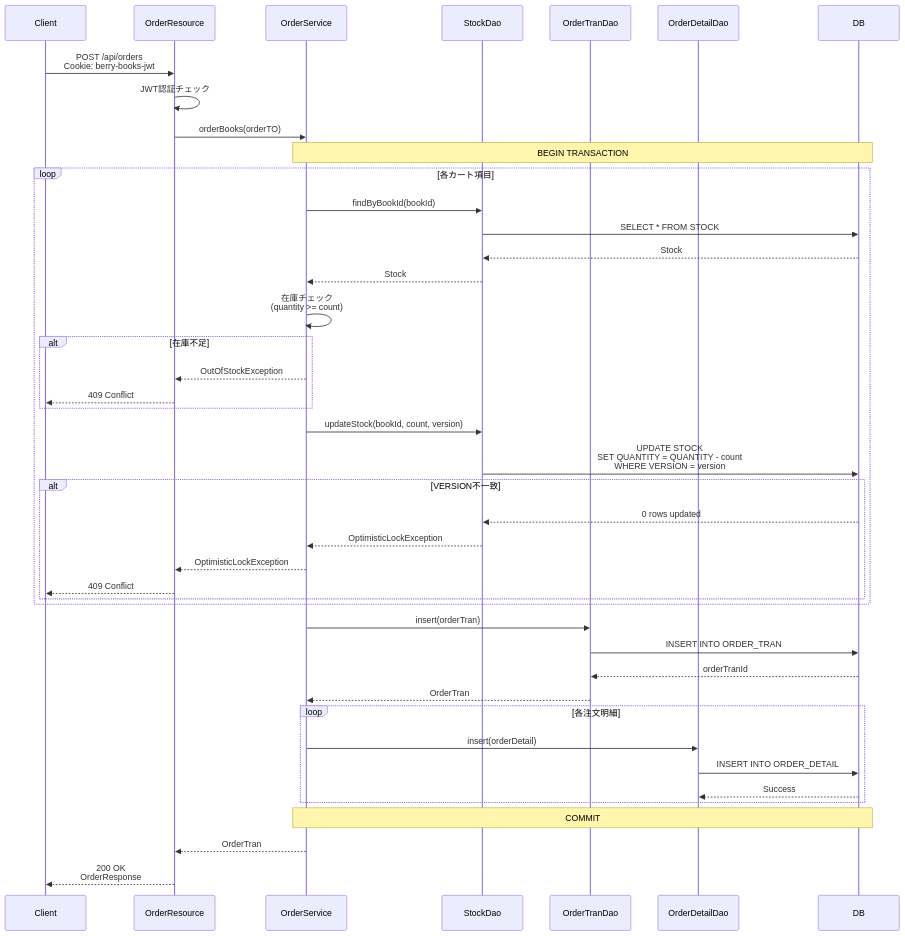
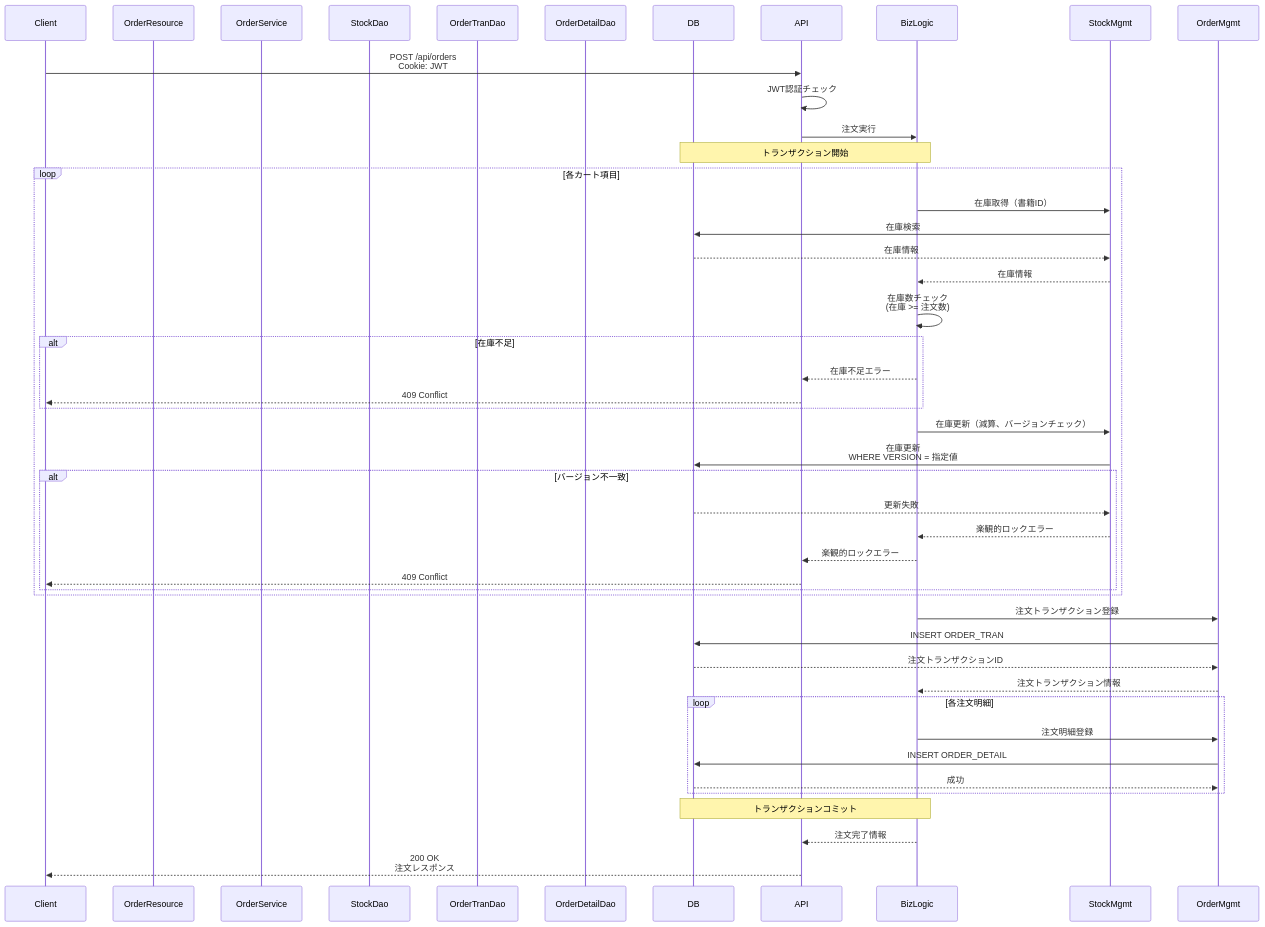
The diagram in projects/sdd/bookstore/berry-books-api-sdd/specs/baseline/api/API_003_orders/functional_design.md (KenyaSaitoh/ai_driven_dev_202601), drawn with Mermaid before and after one commit. The commit also changed other lines of this file and 52 other files, not shown here.

````diff
--- a/projects/sdd/bookstore/berry-books-api-sdd/specs/baseline/api/API_003_orders/functional_design.md
+++ b/projects/sdd/bookstore/berry-books-api-sdd/specs/baseline/api/API_003_orders/functional_design.md
@@ -90,56 +88,56 @@
 ```mermaid
 sequenceDiagram
     participant Client
     participant OrderResource
     participant OrderService
     participant StockDao
     participant OrderTranDao
     participant OrderDetailDao
     participant DB
     
-    Client->>OrderResource: POST /api/orders<br/>Cookie: berry-books-jwt
-    OrderResource->>OrderResource: JWT認証チェック
-    OrderResource->>OrderService: orderBooks(orderTO)
+    Client->>API: POST /api/orders<br/>Cookie: JWT
+    API->>API: JWT認証チェック
+    API->>BizLogic: 注文実行
     
-    Note over OrderService,DB: BEGIN TRANSACTION
+    Note over BizLogic,DB: トランザクション開始
     
     loop 各カート項目
-        OrderService->>StockDao: findByBookId(bookId)
-        StockDao->>DB: SELECT * FROM STOCK
-        DB-->>StockDao: Stock
-        StockDao-->>OrderService: Stock
+        BizLogic->>StockMgmt: 在庫取得（書籍ID）
+        StockMgmt->>DB: 在庫検索
+        DB-->>StockMgmt: 在庫情報
+        StockMgmt-->>BizLogic: 在庫情報
         
-        OrderService->>OrderService: 在庫チェック<br/>(quantity >= count)
+        BizLogic->>BizLogic: 在庫数チェック<br/>(在庫 >= 注文数)
         
         alt 在庫不足
-            OrderService-->>OrderResource: OutOfStockException
-            OrderResource-->>Client: 409 Conflict
+            BizLogic-->>API: 在庫不足エラー
+            API-->>Client: 409 Conflict
         end
         
-        OrderService->>StockDao: updateStock(bookId, count, version)
-        StockDao->>DB: UPDATE STOCK<br/>SET QUANTITY = QUANTITY - count<br/>WHERE VERSION = version
+        BizLogic->>StockMgmt: 在庫更新（減算、バージョンチェック）
+        StockMgmt->>DB: 在庫更新<br/>WHERE VERSION = 指定値
         
-        alt VERSION不一致
-            DB-->>StockDao: 0 rows updated
-            StockDao-->>OrderService: OptimisticLockException
-            OrderService-->>OrderResource: OptimisticLockException
-            OrderResource-->>Client: 409 Conflict
+        alt バージョン不一致
+            DB-->>StockMgmt: 更新失敗
+            StockMgmt-->>BizLogic: 楽観的ロックエラー
+            BizLogic-->>API: 楽観的ロックエラー
+            API-->>Client: 409 Conflict
         end
     end
     
-    OrderService->>OrderTranDao: insert(orderTran)
-    OrderTranDao->>DB: INSERT INTO ORDER_TRAN
-    DB-->>OrderTranDao: orderTranId
-    OrderTranDao-->>OrderService: OrderTran
+    BizLogic->>OrderMgmt: 注文トランザクション登録
+    OrderMgmt->>DB: INSERT ORDER_TRAN
+    DB-->>OrderMgmt: 注文トランザクションID
+    OrderMgmt-->>BizLogic: 注文トランザクション情報
     
     loop 各注文明細
-        OrderService->>OrderDetailDao: insert(orderDetail)
-        OrderDetailDao->>DB: INSERT INTO ORDER_DETAIL
-        DB-->>OrderDetailDao: Success
+        BizLogic->>OrderMgmt: 注文明細登録
+        OrderMgmt->>DB: INSERT ORDER_DETAIL
+        DB-->>OrderMgmt: 成功
     end
     
-    Note over OrderService,DB: COMMIT
+    Note over BizLogic,DB: トランザクションコミット
     
-    OrderService-->>OrderResource: OrderTran
-    OrderResource-->>Client: 200 OK<br/>OrderResponse
+    BizLogic-->>API: 注文完了情報
+    API-->>Client: 200 OK<br/>注文レスポンス
 ```
````
